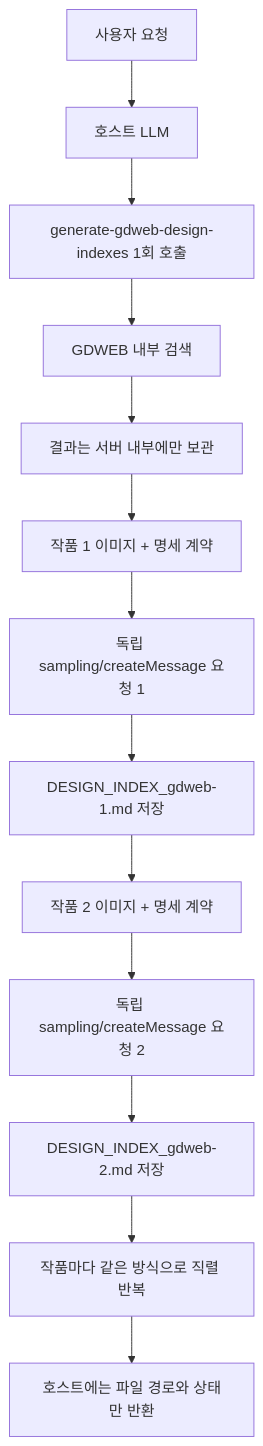
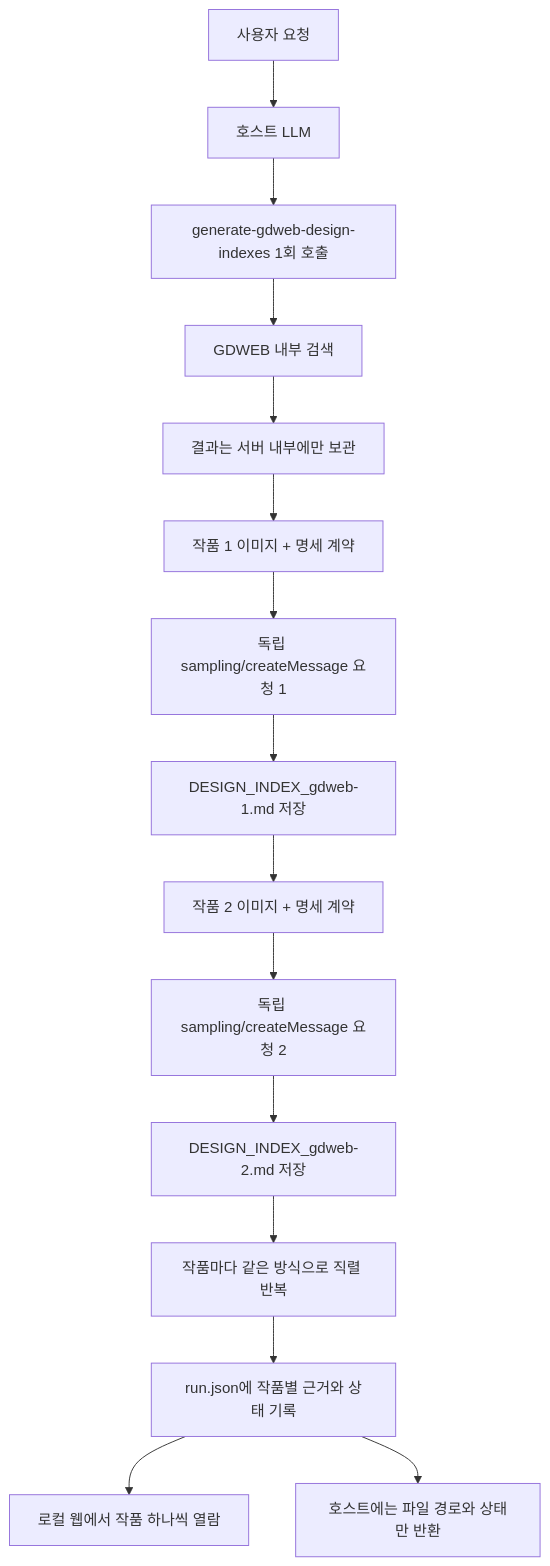
Before and after one commit to yyeongjin/secret_mcp: the first of 2 diagrams in README.md, drawn with Mermaid. The commit also changed other lines of this file and 11 other files, not shown here.

````diff
--- a/README.md
+++ b/README.md
@@ -73,15 +92,17 @@
 ```mermaid
 flowchart TD
     User["사용자 요청"] --> Host["호스트 LLM"]
     Host --> Tool["generate-gdweb-design-indexes 1회 호출"]
     Tool --> Search["GDWEB 내부 검색"]
     Search --> Queue["결과는 서버 내부에만 보관"]
     Queue --> R1["작품 1 이미지 + 명세 계약"]
     R1 --> S1["독립 sampling/createMessage 요청 1"]
     S1 --> F1["DESIGN_INDEX_gdweb-1.md 저장"]
     F1 --> R2["작품 2 이미지 + 명세 계약"]
     R2 --> S2["독립 sampling/createMessage 요청 2"]
     S2 --> F2["DESIGN_INDEX_gdweb-2.md 저장"]
     F2 --> More["작품마다 같은 방식으로 직렬 반복"]
-    More --> Status["호스트에는 파일 경로와 상태만 반환"]
+    More --> Manifest["run.json에 작품별 근거와 상태 기록"]
+    Manifest --> Web["로컬 웹에서 작품 하나씩 열람"]
+    Manifest --> Status["호스트에는 파일 경로와 상태만 반환"]
 ```
````
